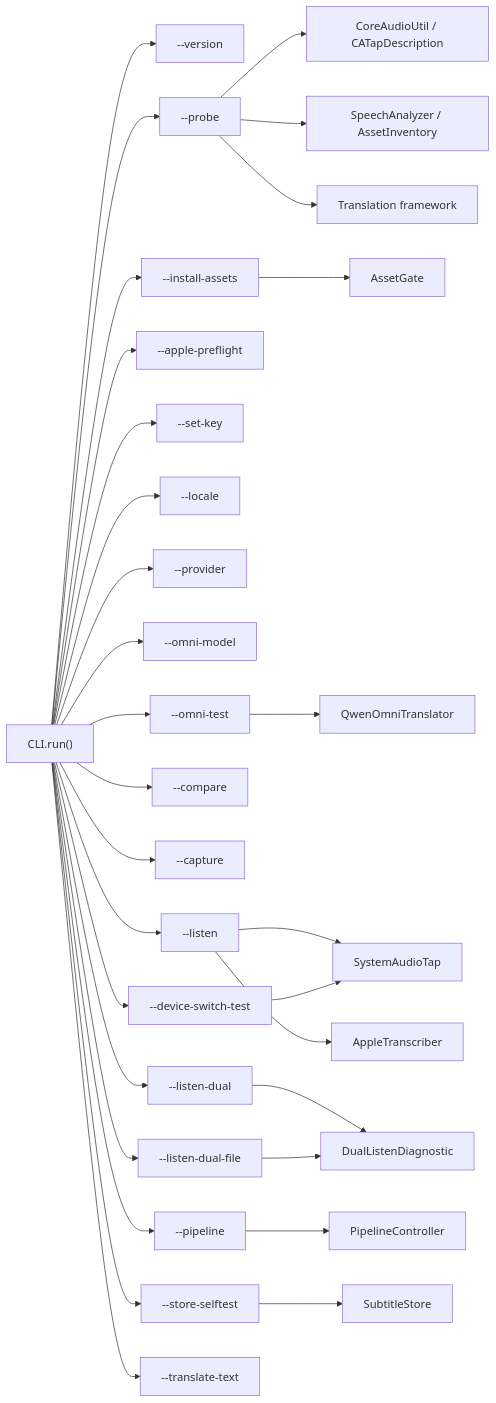
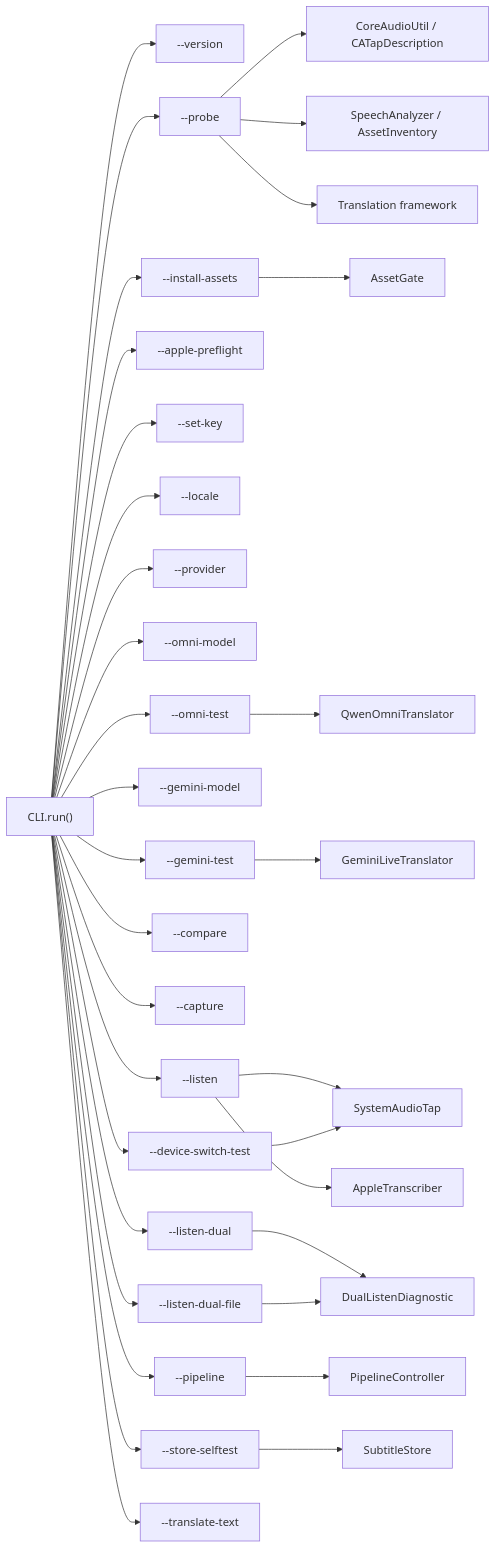
One commit to dautroc/tsuyaku changed the tenth of 10 diagrams in docs/architecture.md. Above: the diagram before and after it, drawn with Mermaid. The commit also changed other lines of this file and 13 other files, not shown here.

````diff
--- a/docs/architecture.md
+++ b/docs/architecture.md
@@ -590,35 +664,38 @@
 ```mermaid
 flowchart LR
     CLI["CLI.run()"] --> Version["--version"]
     CLI --> Probe["--probe"]
     CLI --> Install["--install-assets"]
     CLI --> Preflight["--apple-preflight"]
     CLI --> SetKey["--set-key"]
     CLI --> Locale["--locale"]
     CLI --> Provider["--provider"]
     CLI --> OmniModel["--omni-model"]
     CLI --> OmniTest["--omni-test"]
+    CLI --> GeminiModel["--gemini-model"]
+    CLI --> GeminiTest["--gemini-test"]
     CLI --> Compare["--compare"]
     CLI --> Capture["--capture"]
     CLI --> Listen["--listen"]
     CLI --> ListenDual["--listen-dual"]
     CLI --> ListenDualFile["--listen-dual-file"]
     CLI --> Pipeline["--pipeline"]
     CLI --> StoreSelfTest["--store-selftest"]
     CLI --> DeviceSwitchTest["--device-switch-test"]
     CLI --> TranslateText["--translate-text"]
 
     Probe --> CoreAudio["CoreAudioUtil / CATapDescription"]
     Probe --> Speech["SpeechAnalyzer / AssetInventory"]
     Probe --> Translation["Translation framework"]
 
     Install --> AssetGate["AssetGate"]
     Listen --> SystemAudioTap["SystemAudioTap"]
     Listen --> AppleTranscriber["AppleTranscriber"]
     ListenDual --> DualListenDiagnostic["DualListenDiagnostic"]
     ListenDualFile --> DualListenDiagnostic
     Pipeline --> PipelineController["PipelineController"]
     StoreSelfTest --> SubtitleStore["SubtitleStore"]
     DeviceSwitchTest --> SystemAudioTap
     OmniTest --> QwenOmniTranslator["QwenOmniTranslator"]
+    GeminiTest --> GeminiLiveTranslator["GeminiLiveTranslator"]
 ```
````
